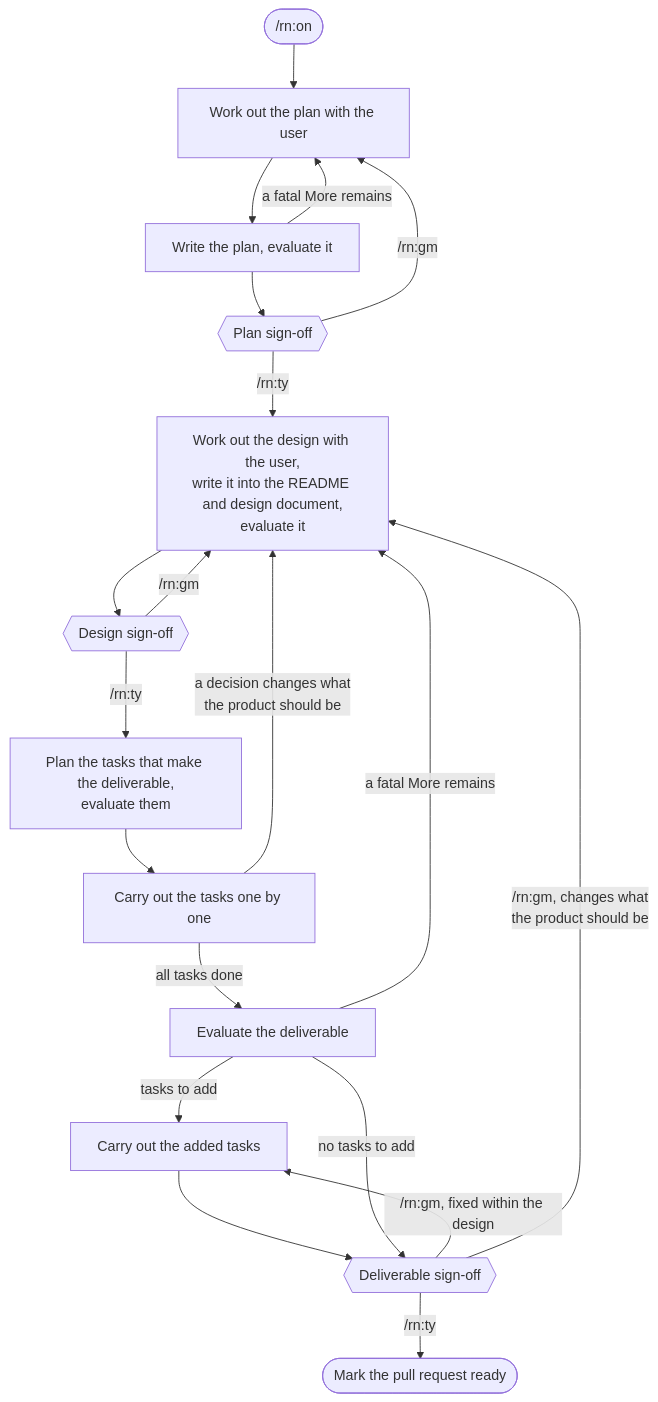
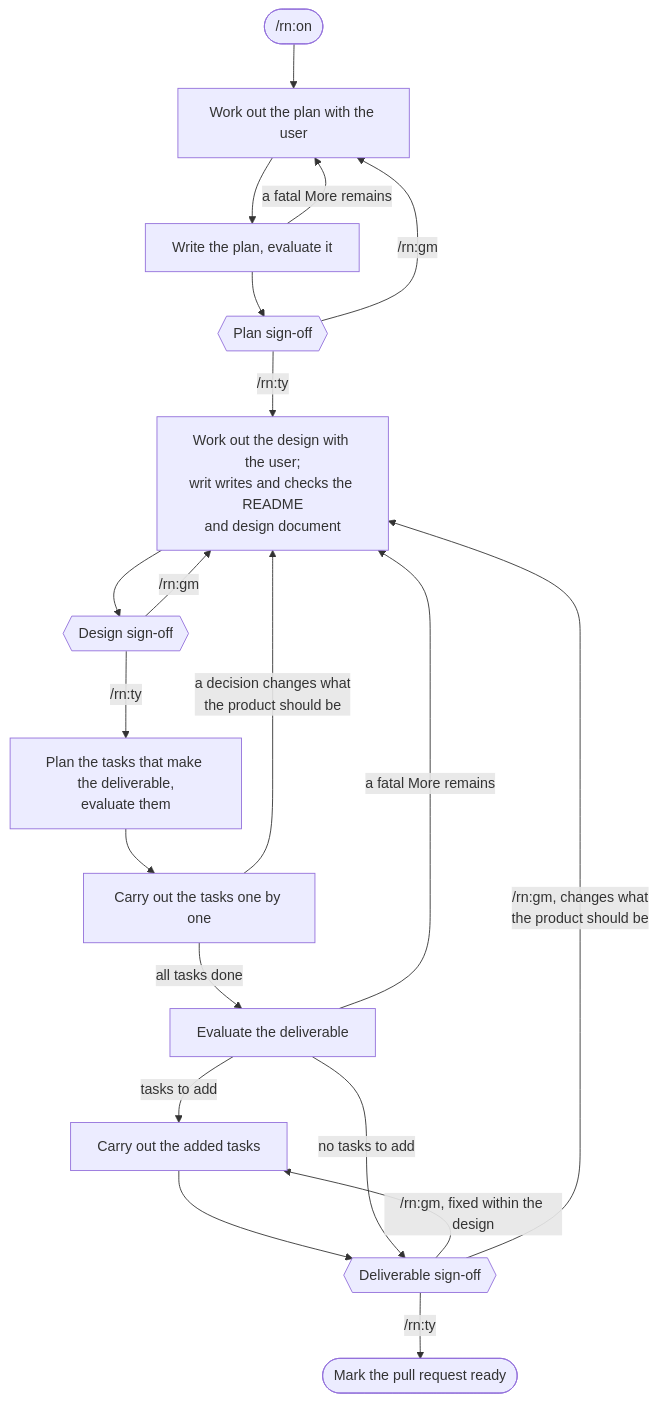
The first of 6 diagrams in rn/docs/design.md (lovaizu/ccpm), drawn with Mermaid before and after one commit. The commit also changed other lines of this file, not shown here.

Commit message:
docs(rn): rn decides what goes into the README and design document, and writ, a plugin rn depends on, writes and checks them — their viewpoints in one place

````diff
--- a/rn/docs/design.md
+++ b/rn/docs/design.md
@@ -20,32 +20,32 @@
 ```mermaid
 flowchart TD
     ON(["/rn:on"])
     W["Work out the plan with the user"]
     P["Write the plan, evaluate it"]
     PS{{"Plan sign-off"}}
-    D["Work out the design with the user,<br/>write it into the README and design document,<br/>evaluate it"]
+    D["Work out the design with the user;<br/>writ writes and checks the README<br/>and design document"]
     DS{{"Design sign-off"}}
     P2["Plan the tasks that make the deliverable,<br/>evaluate them"]
     T["Carry out the tasks one by one"]
     EV["Evaluate the deliverable"]
     T2["Carry out the added tasks"]
     FS{{"Deliverable sign-off"}}
     END(["Mark the pull request ready"])
     ON --> W --> P --> PS
     P -->|"a fatal More remains"| W
     PS -->|"/rn:gm"| W
     PS -->|"/rn:ty"| D
     D --> DS
     DS -->|"/rn:gm"| D
     DS -->|"/rn:ty"| P2
     P2 --> T
     T -->|"a decision changes what<br/>the product should be"| D
     T -->|"all tasks done"| EV
     EV -->|"tasks to add"| T2
     EV -->|"a fatal More remains"| D
     T2 --> FS
     EV -->|"no tasks to add"| FS
     FS -->|"/rn:gm, fixed within the design"| T2
     FS -->|"/rn:gm, changes what<br/>the product should be"| D
     FS -->|"/rn:ty"| END
 ```
````
